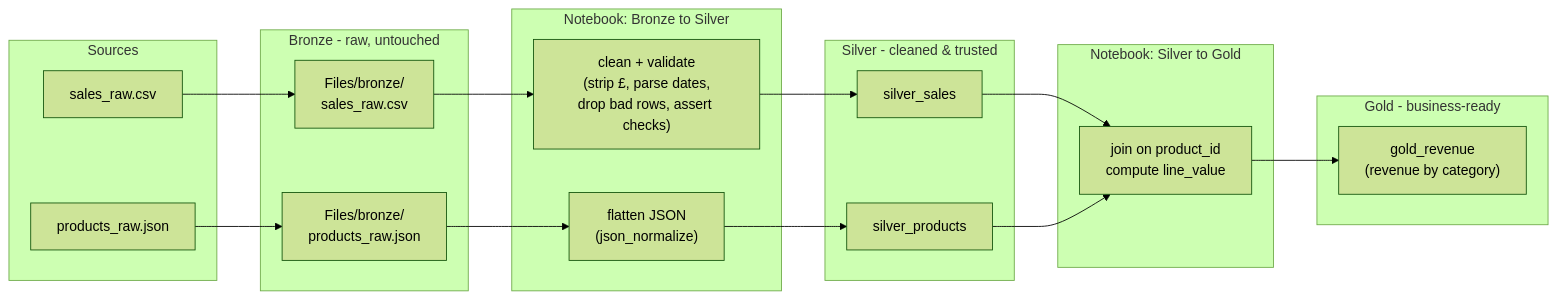
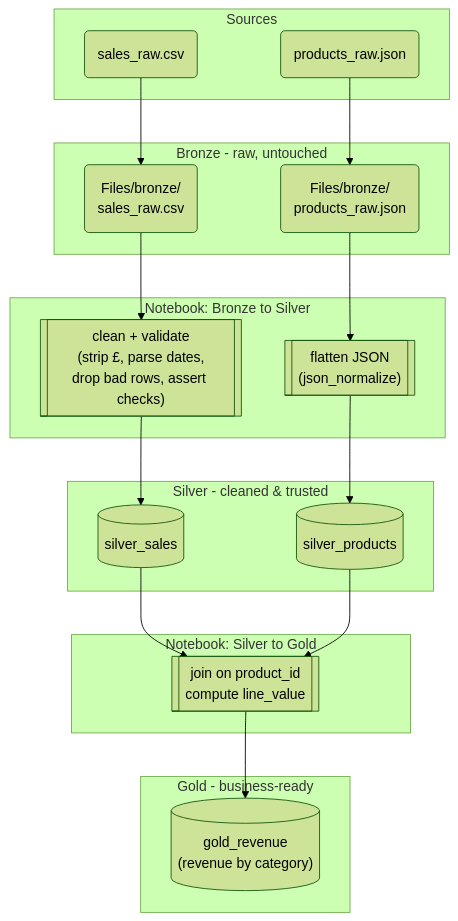
Before and after one commit to QAADE5/HomeSphere: the diagram in solution/pipeline-solution.md, drawn with Mermaid (forest theme).

````diff
--- a/solution/pipeline-solution.md
+++ b/solution/pipeline-solution.md
@@ -3,40 +3,40 @@
 ```mermaid
-flowchart LR
+flowchart TB
     subgraph SRC["Sources"]
-        CSV["sales_raw.csv"]
-        JSON["products_raw.json"]
+        CSV("sales_raw.csv")
+        JSON("products_raw.json")
     end
 
     subgraph BRZ["Bronze - raw, untouched"]
-        BCSV["Files/bronze/\nsales_raw.csv"]
-        BJSON["Files/bronze/\nproducts_raw.json"]
+        BCSV("Files/bronze/\nsales_raw.csv")
+        BJSON("Files/bronze/\nproducts_raw.json")
     end
 
     subgraph NB1["Notebook: Bronze to Silver"]
-        CLEAN["clean + validate\n(strip £, parse dates,\ndrop bad rows, assert checks)"]
-        FLAT["flatten JSON\n(json_normalize)"]
+        CLEAN[["clean + validate\n(strip £, parse dates,\ndrop bad rows, assert checks)"]]
+        FLAT[["flatten JSON\n(json_normalize)"]]
     end
 
     subgraph SIL["Silver - cleaned & trusted"]
-        SS["silver_sales"]
-        SP["silver_products"]
+        SS[("silver_sales")]
+        SP[("silver_products")]
     end
 
     subgraph NB2["Notebook: Silver to Gold"]
-        JOIN["join on product_id\ncompute line_value"]
+        JOIN[["join on product_id\ncompute line_value"]]
     end
 
     subgraph GLD["Gold - business-ready"]
-        GR["gold_revenue\n(revenue by category)"]
+        GR[("gold_revenue\n(revenue by category)")]
     end
 
     CSV --> BCSV
     JSON --> BJSON
     BCSV --> CLEAN
     BJSON --> FLAT
     CLEAN --> SS
     FLAT --> SP
     SS --> JOIN
     SP --> JOIN
     JOIN --> GR
 ```
````
